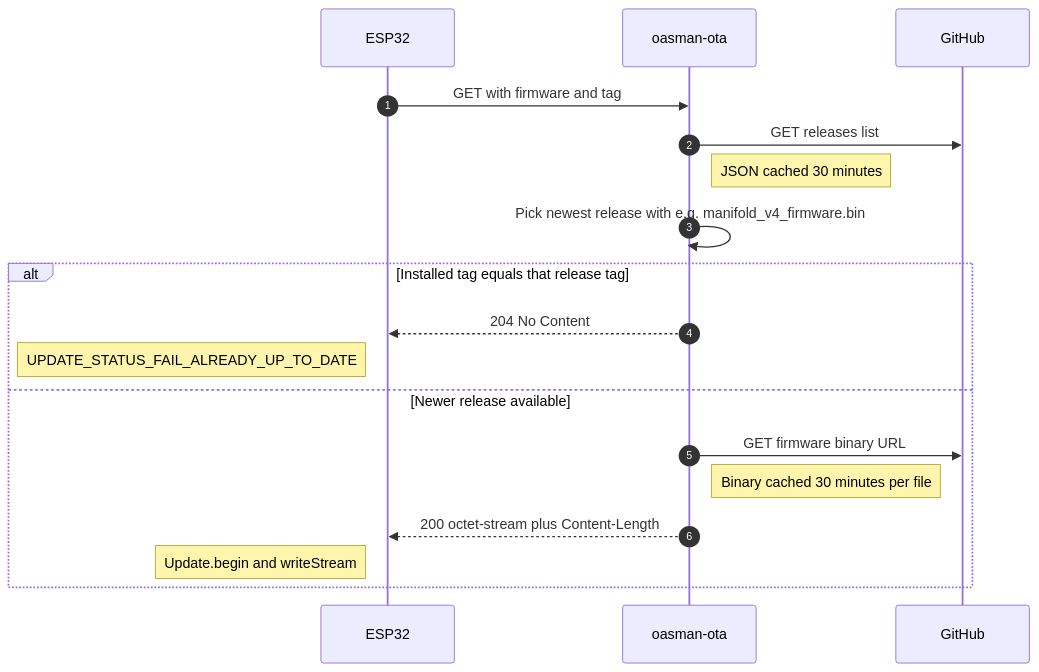
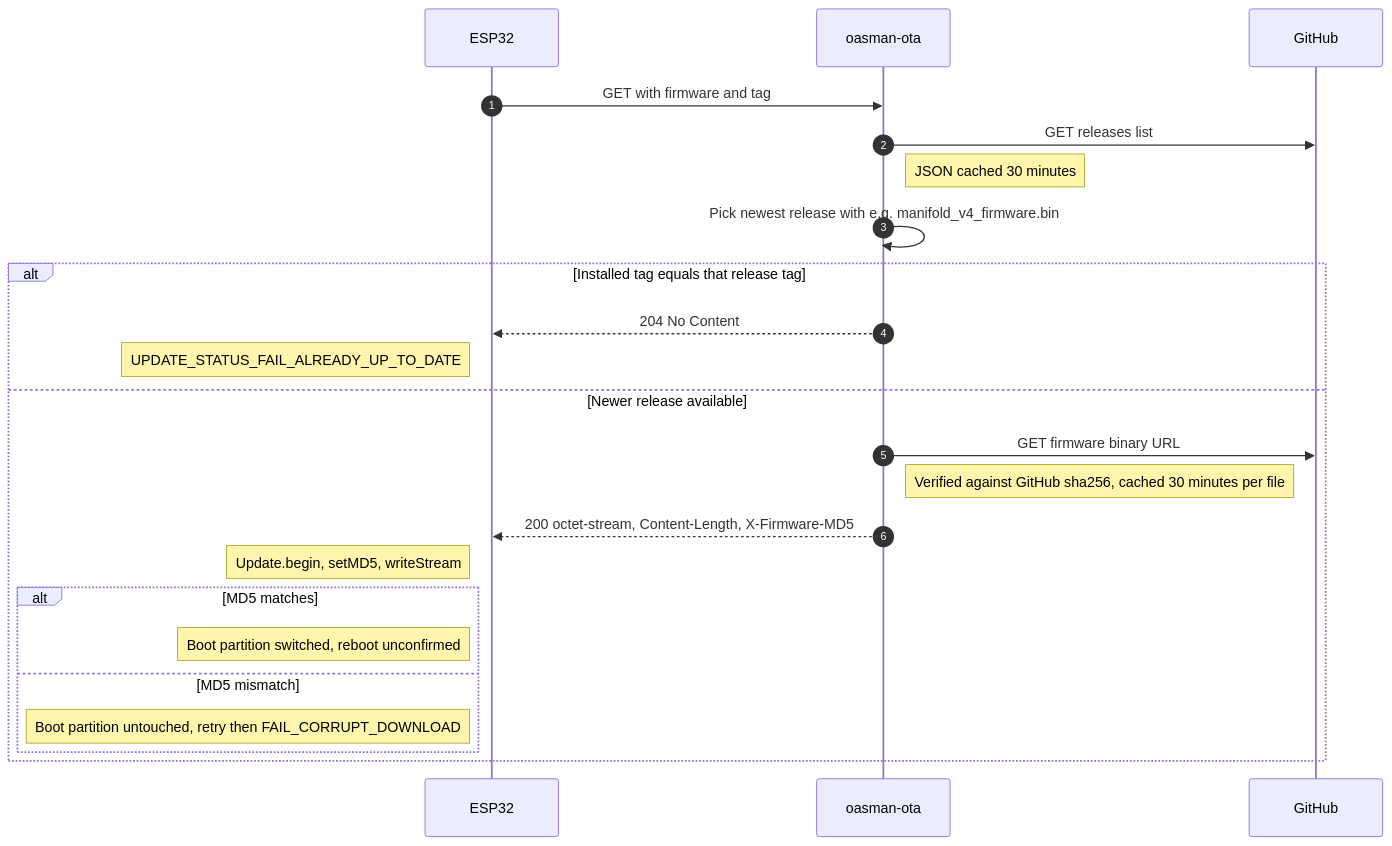
Before and after one commit to gopro2027/ArduinoAirSuspensionController: the second of 2 diagrams in ESP32_SHARED_LIBS/src/oasman-ota_flowchart.md, drawn with Mermaid. The commit also changed other lines of this file and 9 other files, not shown here.

Commit message:
Added md5 check to ota, and 5 second ota check after boot

````diff
--- a/ESP32_SHARED_LIBS/src/oasman-ota_flowchart.md
+++ b/ESP32_SHARED_LIBS/src/oasman-ota_flowchart.md
@@ -64,23 +74,28 @@
 ```mermaid
 sequenceDiagram
     autonumber
     participant ESP as ESP32
     participant OTA as oasman-ota
     participant GH as GitHub
 
     ESP->>OTA: GET with firmware and tag
     OTA->>GH: GET releases list
     Note right of OTA: JSON cached 30 minutes
 
     OTA->>OTA: Pick newest release with e.g. manifold_v4_firmware.bin
 
     alt Installed tag equals that release tag
         OTA-->>ESP: 204 No Content
         Note left of ESP: UPDATE_STATUS_FAIL_ALREADY_UP_TO_DATE
     else Newer release available
         OTA->>GH: GET firmware binary URL
-        Note right of OTA: Binary cached 30 minutes per file
-        OTA-->>ESP: 200 octet-stream plus Content-Length
-        Note left of ESP: Update.begin and writeStream
+        Note right of OTA: Verified against GitHub sha256, cached 30 minutes per file
+        OTA-->>ESP: 200 octet-stream, Content-Length, X-Firmware-MD5
+        Note left of ESP: Update.begin, setMD5, writeStream
+        alt MD5 matches
+            Note left of ESP: Boot partition switched, reboot unconfirmed
+        else MD5 mismatch
+            Note left of ESP: Boot partition untouched, retry then FAIL_CORRUPT_DOWNLOAD
+        end
     end
 ```
````
